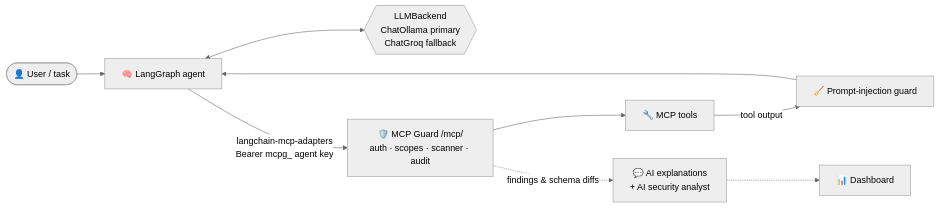
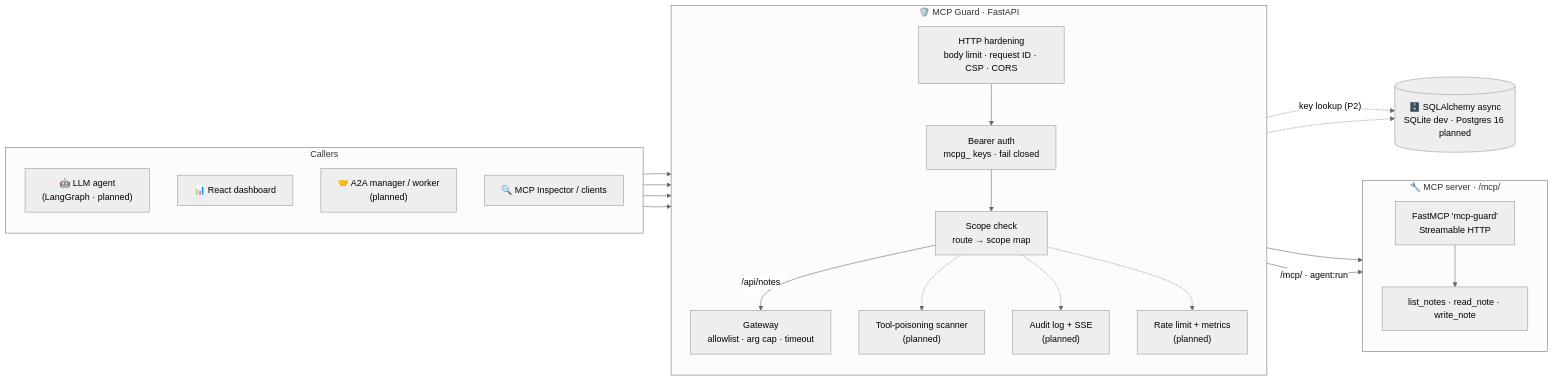
The third of 4 diagrams in README.md (aneek22112007-tech/mcp-a2a-secure), drawn with Mermaid (neutral theme) before and after one commit. The commit also changed other lines of this file, not shown here.

Commit message:
tmp: mermaid probe 3

````diff
--- a/README.md
+++ b/README.md
@@ -178,13 +112,45 @@
 ```mermaid
 flowchart LR
-    U(["👤 User / task"]) --> AG["🧠 LangGraph agent"]
-    AG <--> LLM{{"LLMBackend<br/>ChatOllama primary<br/>ChatGroq fallback"}}
-    AG -->|"langchain-mcp-adapters<br/>Bearer mcpg_ agent key"| MG["🛡️ MCP Guard /mcp/<br/>auth · scopes · scanner · audit"]
-    MG --> T["🔧 MCP tools"]
-    T -->|"tool output"| PI["🧹 Prompt-injection guard"]
-    PI --> AG
-    MG -.->|"findings & schema diffs"| EX["💬 AI explanations<br/>+ AI security analyst"]
-    EX -.-> D["📊 Dashboard"]
+    subgraph CALLERS["Callers"]
+        direction TB
+        AG["🤖 LLM agent<br/>(LangGraph · planned)"]
+        UI["📊 React dashboard"]
+        A2A["🤝 A2A manager / worker<br/>(planned)"]
+        INS["🔍 MCP Inspector / clients"]
+    end
+
+    subgraph GUARD["🛡️ MCP Guard · FastAPI"]
+        direction TB
+        MW["HTTP hardening<br/>body limit · request ID · CSP · CORS"]
+        AUTH["Bearer auth<br/>mcpg_ keys · fail closed"]
+        SC["Scope check<br/>route → scope map"]
+        GW["Gateway<br/>allowlist · arg cap · timeout"]
+        SCAN["Tool-poisoning scanner<br/>(planned)"]
+        AUD["Audit log + SSE<br/>(planned)"]
+        RL["Rate limit + metrics<br/>(planned)"]
+    end
+
+    subgraph TOOLS["🔧 MCP server · /mcp/"]
+        direction TB
+        MCP["FastMCP 'mcp-guard'<br/>Streamable HTTP"]
+        T1["list_notes · read_note · write_note"]
+    end
+
+    DB[("🗄️ SQLAlchemy async<br/>SQLite dev · Postgres 16 planned")]
+
+    AG --> MW
+    UI --> MW
+    A2A --> MW
+    INS --> MW
+    MW --> AUTH --> SC
+    SC -->|"/api/notes"| GW --> MCP
+    SC -->|"/mcp/ · agent:run"| MCP
+    MCP --> T1
+    SC -.-> SCAN
+    SC -.-> AUD
+    SC -.-> RL
+    AUTH -.->|"key lookup (P2)"| DB
+    AUD -.-> DB
 
 
 ```
````
